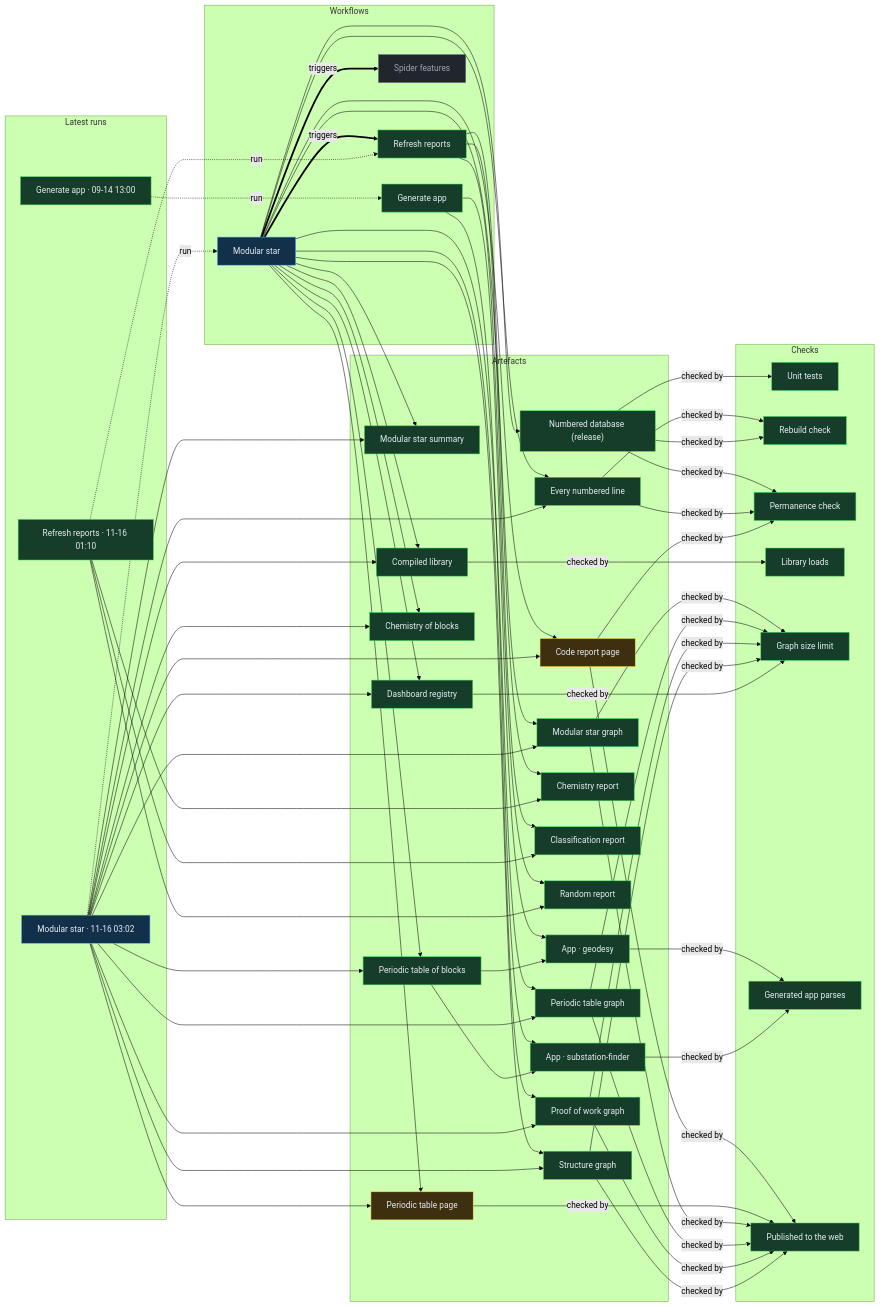
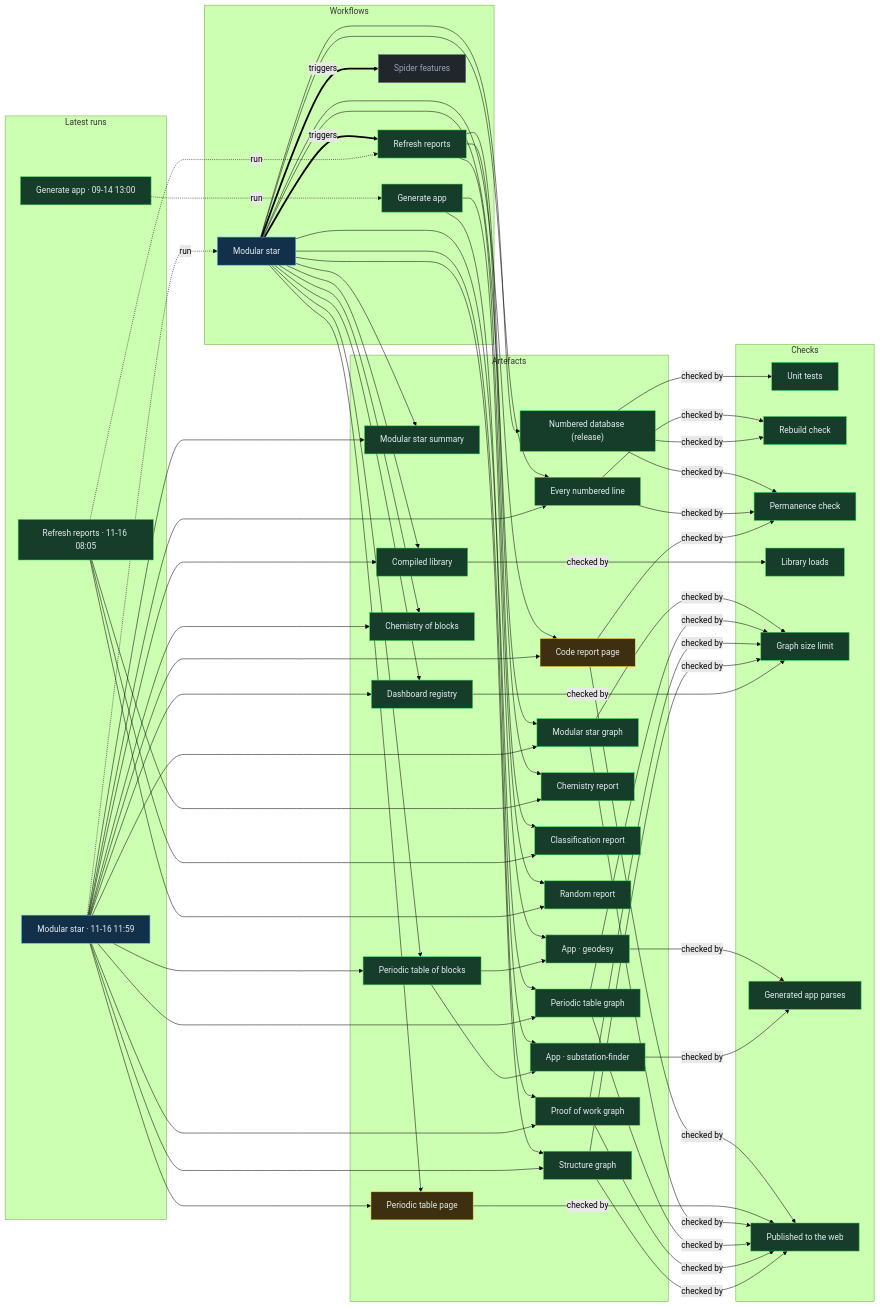
One commit to Ventusltd/stars changed the diagram in proof/PROOF.md. Above: the diagram before and after it, drawn with Mermaid (forest theme). The commit also changed other lines of this file and 161 other files, not shown here.

Commit message:
Modular star 2026-11-16T12:01Z

```diff
--- a/proof/PROOF.md
+++ b/proof/PROOF.md
@@ -24,8 +24,8 @@
   n_wf_spider_features["Spider features"]:::off
   end
   subgraph g_runs["Latest runs"]
-  n_run_43795767143["Modular star · 11-16 03:02"]:::live
-  n_run_43784683822["Refresh reports · 11-16 01:10"]:::ok
+  n_run_43862512115["Modular star · 11-16 11:59"]:::live
+  n_run_43828545570["Refresh reports · 11-16 08:05"]:::ok
   n_run_34846587798["Generate app · 09-14 13:00"]:::ok
   end
   subgraph g_artefacts["Artefacts"]
@@ -59,39 +59,39 @@
   end
   n_wf_modular_star == triggers ==> n_wf_refresh
   n_wf_modular_star == triggers ==> n_wf_spider_features
-  n_run_43795767143 -. run .-> n_wf_modular_star
-  n_run_43784683822 -. run .-> n_wf_refresh
+  n_run_43862512115 -. run .-> n_wf_modular_star
+  n_run_43828545570 -. run .-> n_wf_refresh
   n_run_34846587798 -. run .-> n_wf_generate
   n_wf_modular_star --> n_art_summary
-  n_run_43795767143 --> n_art_summary
+  n_run_43862512115 --> n_art_summary
   n_wf_modular_star --> n_art_lines
-  n_run_43795767143 --> n_art_lines
+  n_run_43862512115 --> n_art_lines
   n_wf_modular_star --> n_art_code
-  n_run_43795767143 --> n_art_code
+  n_run_43862512115 --> n_art_code
   n_wf_modular_star --> n_art_modular_graph
-  n_run_43795767143 --> n_art_modular_graph
+  n_run_43862512115 --> n_art_modular_graph
   n_wf_modular_star --> n_art_blocks
-  n_run_43795767143 --> n_art_blocks
+  n_run_43862512115 --> n_art_blocks
   n_wf_modular_star --> n_art_table
-  n_run_43795767143 --> n_art_table
+  n_run_43862512115 --> n_art_table
   n_wf_modular_star --> n_art_blocks_graph
-  n_run_43795767143 --> n_art_blocks_graph
+  n_run_43862512115 --> n_art_blocks_graph
   n_wf_modular_star --> n_art_reactions
-  n_run_43795767143 --> n_art_reactions
+  n_run_43862512115 --> n_art_reactions
   n_wf_modular_star --> n_art_library
-  n_run_43795767143 --> n_art_library
+  n_run_43862512115 --> n_art_library
   n_wf_modular_star --> n_art_features
-  n_run_43795767143 --> n_art_features
+  n_run_43862512115 --> n_art_features
   n_wf_modular_star --> n_art_proof
-  n_run_43795767143 --> n_art_proof
+  n_run_43862512115 --> n_art_proof
   n_wf_modular_star --> n_art_structure
-  n_run_43795767143 --> n_art_structure
+  n_run_43862512115 --> n_art_structure
   n_wf_refresh --> n_art_chemistry
-  n_run_43784683822 --> n_art_chemistry
+  n_run_43828545570 --> n_art_chemistry
   n_wf_refresh --> n_art_vedic
-  n_run_43784683822 --> n_art_vedic
+  n_run_43828545570 --> n_art_vedic
   n_wf_refresh --> n_art_random
-  n_run_43784683822 --> n_art_random
+  n_run_43828545570 --> n_art_random
   n_wf_modular_star --> n_art_release
   n_wf_generate --> n_app_geodesy
   n_art_blocks --> n_app_geodesy
```
